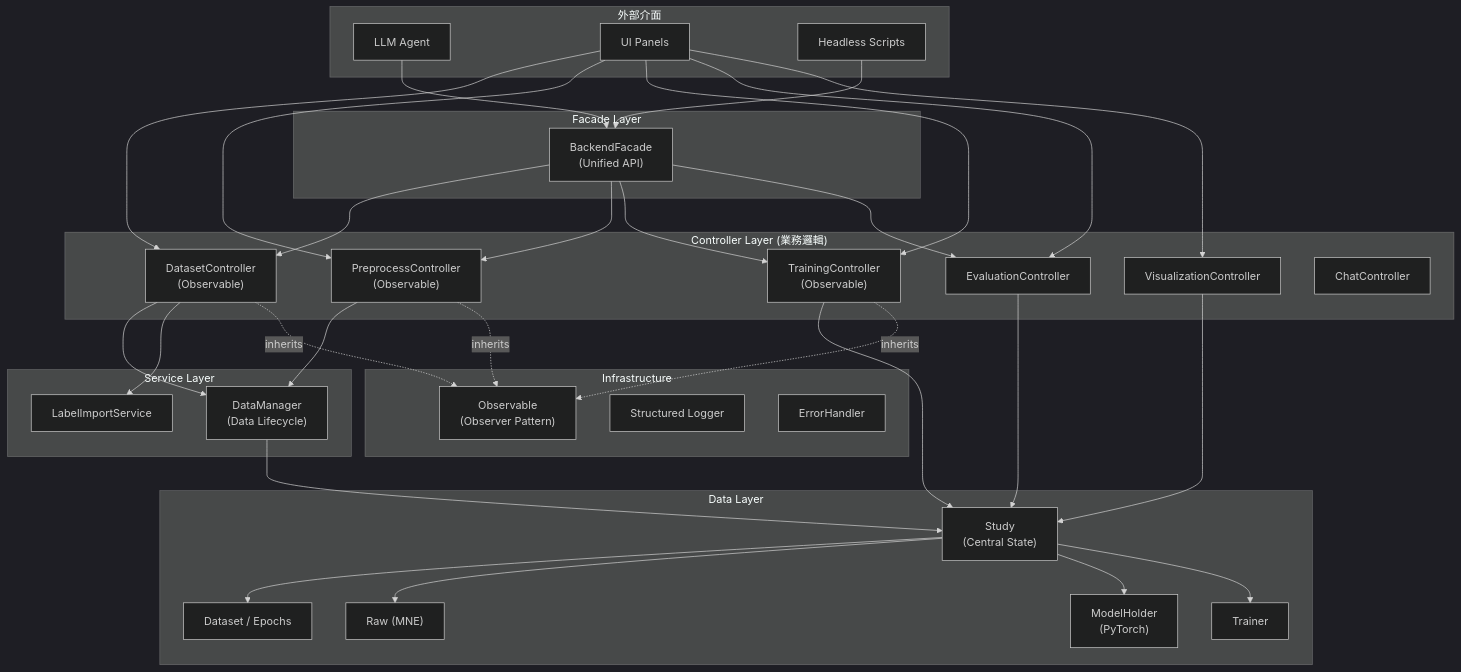
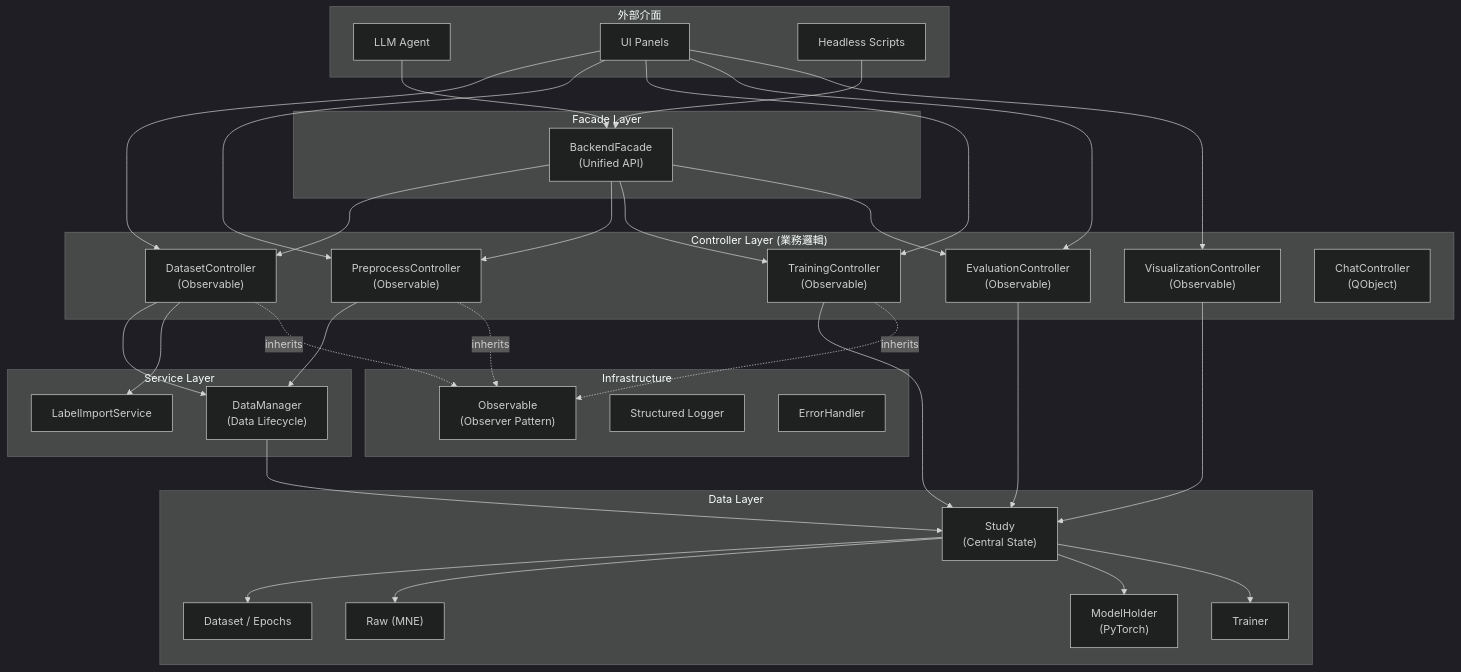
One commit to hxin-an/XBrainLab changed the diagram in documentation/backend/architecture.md. Above: the diagram before and after it, drawn with Mermaid (dark theme). The commit also changed other lines of this file and 2 other files, not shown here.

````diff
--- a/documentation/backend/architecture.md
+++ b/documentation/backend/architecture.md
@@ -18,60 +18,60 @@
 ```mermaid
 graph TD
     subgraph External ["外部介面"]
         Agent["LLM Agent"]
         UI["UI Panels"]
         Script["Headless Scripts"]
     end
 
     subgraph FacadeLayer ["Facade Layer"]
         Facade["BackendFacade<br/>(Unified API)"]
     end
 
     subgraph ControllerLayer ["Controller Layer (業務邏輯)"]
         DC["DatasetController<br/>(Observable)"]
         PC["PreprocessController<br/>(Observable)"]
         TC["TrainingController<br/>(Observable)"]
-        EC["EvaluationController"]
-        VC["VisualizationController"]
-        CC["ChatController"]
+        EC["EvaluationController<br/>(Observable)"]
+        VC["VisualizationController<br/>(Observable)"]
+        CC["ChatController<br/>(QObject)"]
     end
 
     subgraph ServiceLayer ["Service Layer"]
         LIS["LabelImportService"]
         DM["DataManager<br/>(Data Lifecycle)"]
     end
 
     subgraph DataLayer ["Data Layer"]
         Study["Study<br/>(Central State)"]
         Dataset["Dataset / Epochs"]
         Raw["Raw (MNE)"]
         ModelH["ModelHolder<br/>(PyTorch)"]
         Trainer["Trainer"]
     end
 
     subgraph InfraLayer ["Infrastructure"]
         Observable["Observable<br/>(Observer Pattern)"]
         Logger["Structured Logger"]
         ErrorH["ErrorHandler"]
     end
 
     Agent --> Facade
     Script --> Facade
     UI --> DC & PC & TC & EC & VC
 
     Facade --> DC & PC & TC & EC
 
     DC --> DM
     DC --> LIS
     PC --> DM
     TC --> Study
     EC --> Study
     VC --> Study
 
     DM --> Study
     Study --> Dataset & Raw & ModelH & Trainer
 
     DC -.->|"inherits"| Observable
     PC -.->|"inherits"| Observable
     TC -.->|"inherits"| Observable
 ```
````
